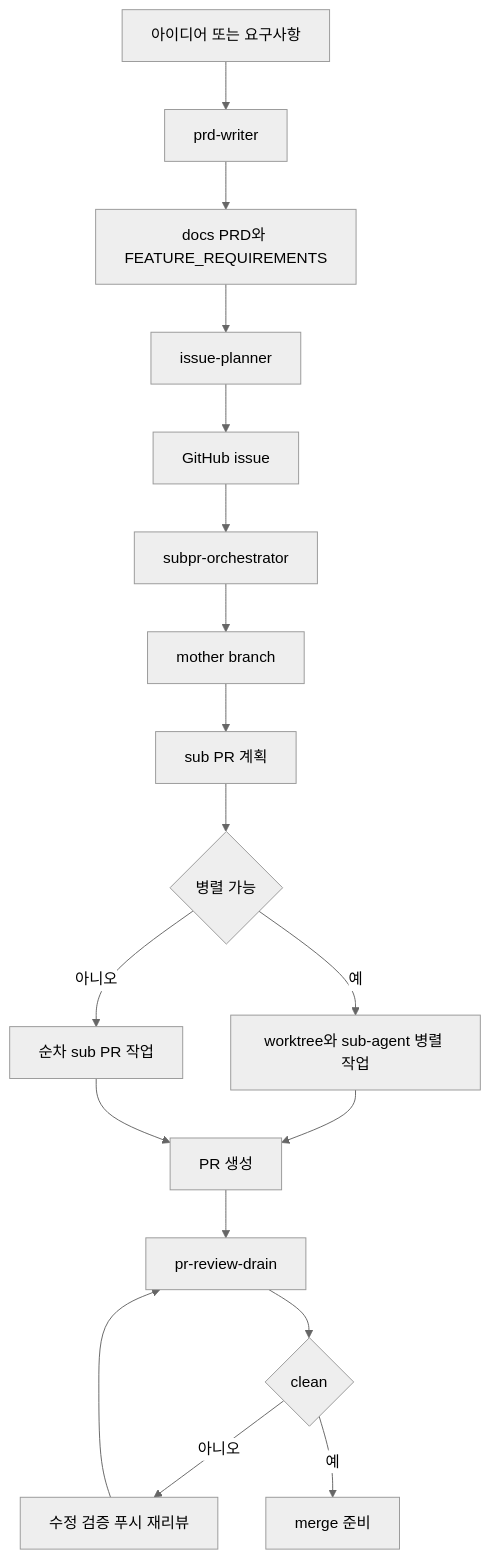
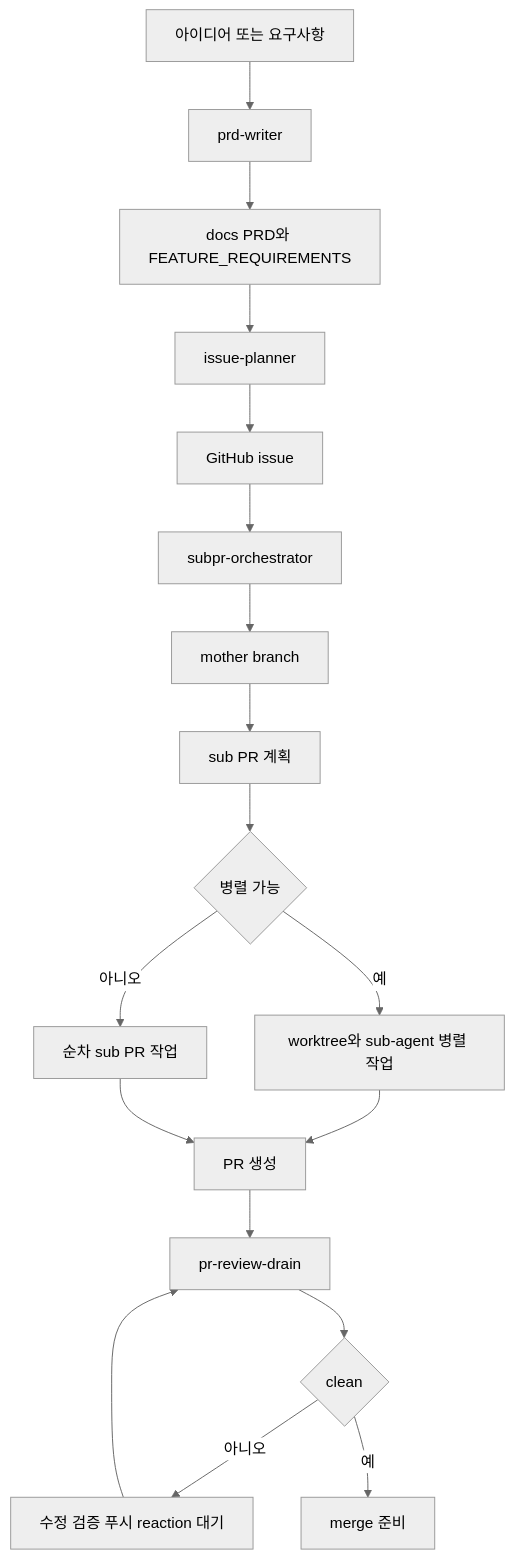
Before and after one commit to limcpf/octosmith: the second of 11 diagrams in README.md, drawn with Mermaid (neutral theme). The commit also changed other lines of this file and 6 other files, not shown here.

````diff
--- a/README.md
+++ b/README.md
@@ -71,20 +71,20 @@
 ```mermaid
 flowchart TD
   A[아이디어 또는 요구사항] --> B[prd-writer]
   B --> C[docs PRD와 FEATURE_REQUIREMENTS]
   C --> D[issue-planner]
   D --> E[GitHub issue]
   E --> F[subpr-orchestrator]
   F --> G[mother branch]
   G --> H[sub PR 계획]
   H --> I{병렬 가능}
   I -->|예| J[worktree와 sub-agent 병렬 작업]
   I -->|아니오| K[순차 sub PR 작업]
   J --> L[PR 생성]
   K --> L
   L --> M[pr-review-drain]
   M --> N{clean}
-  N -->|아니오| O[수정 검증 푸시 재리뷰]
+  N -->|아니오| O[수정 검증 푸시 reaction 대기]
   O --> M
   N -->|예| P[merge 준비]
 ```
````
